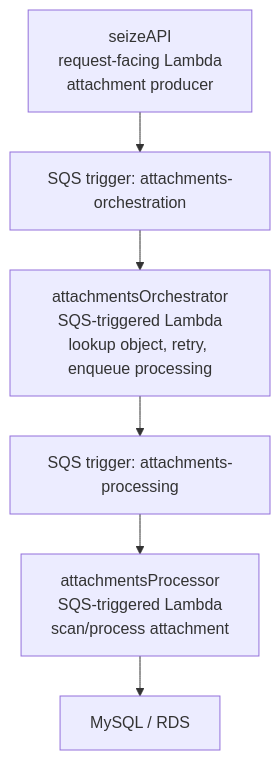
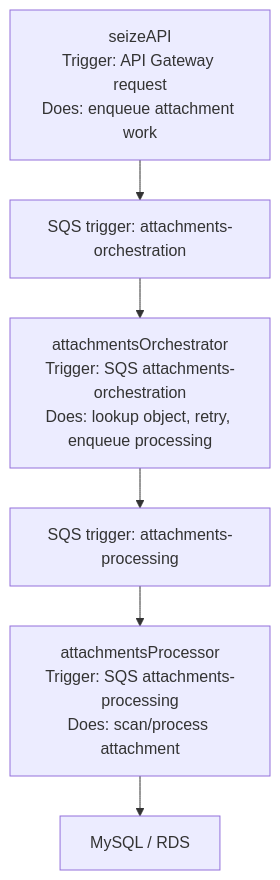
Before and after one commit to 6529-Collections/6529seize-backend: the seventh of 16 diagrams in docs/architecture.md, drawn with Mermaid. The commit also changed other lines of this file, not shown here.

````diff
--- a/docs/architecture.md
+++ b/docs/architecture.md
@@ -144,9 +144,9 @@
 ```mermaid
 %%{init: {"flowchart": {"nodeSpacing": 24, "rankSpacing": 40, "curve": "basis"}} }%%
 flowchart TD
-  SeizeAPI["seizeAPI<br/>request-facing Lambda<br/>attachment producer"] --> AttachOrchestrationQueue["SQS trigger: attachments-orchestration"]
-  AttachOrchestrationQueue --> AttachmentsOrchestrator["attachmentsOrchestrator<br/>SQS-triggered Lambda<br/>lookup object, retry, enqueue processing"]
+  SeizeAPI["seizeAPI<br/>Trigger: API Gateway request<br/>Does: enqueue attachment work"] --> AttachOrchestrationQueue["SQS trigger: attachments-orchestration"]
+  AttachOrchestrationQueue --> AttachmentsOrchestrator["attachmentsOrchestrator<br/>Trigger: SQS attachments-orchestration<br/>Does: lookup object, retry, enqueue processing"]
   AttachmentsOrchestrator --> AttachProcessingQueue["SQS trigger: attachments-processing"]
-  AttachProcessingQueue --> AttachmentsProcessor["attachmentsProcessor<br/>SQS-triggered Lambda<br/>scan/process attachment"]
+  AttachProcessingQueue --> AttachmentsProcessor["attachmentsProcessor<br/>Trigger: SQS attachments-processing<br/>Does: scan/process attachment"]
   AttachmentsProcessor --> MySQL["MySQL / RDS"]
 ```
````
